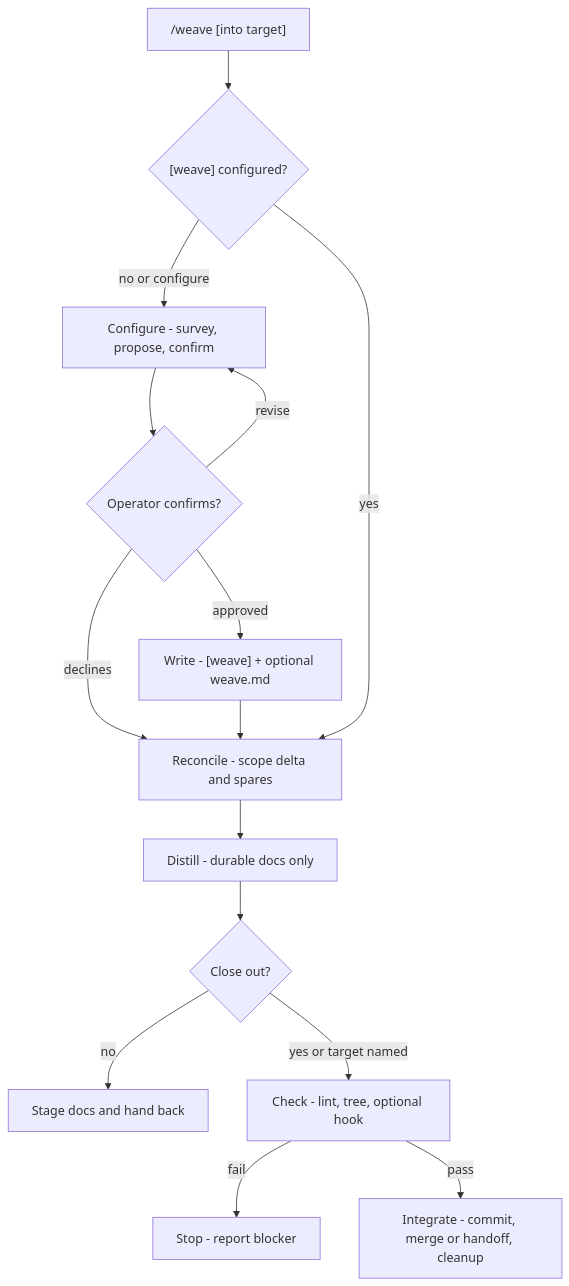
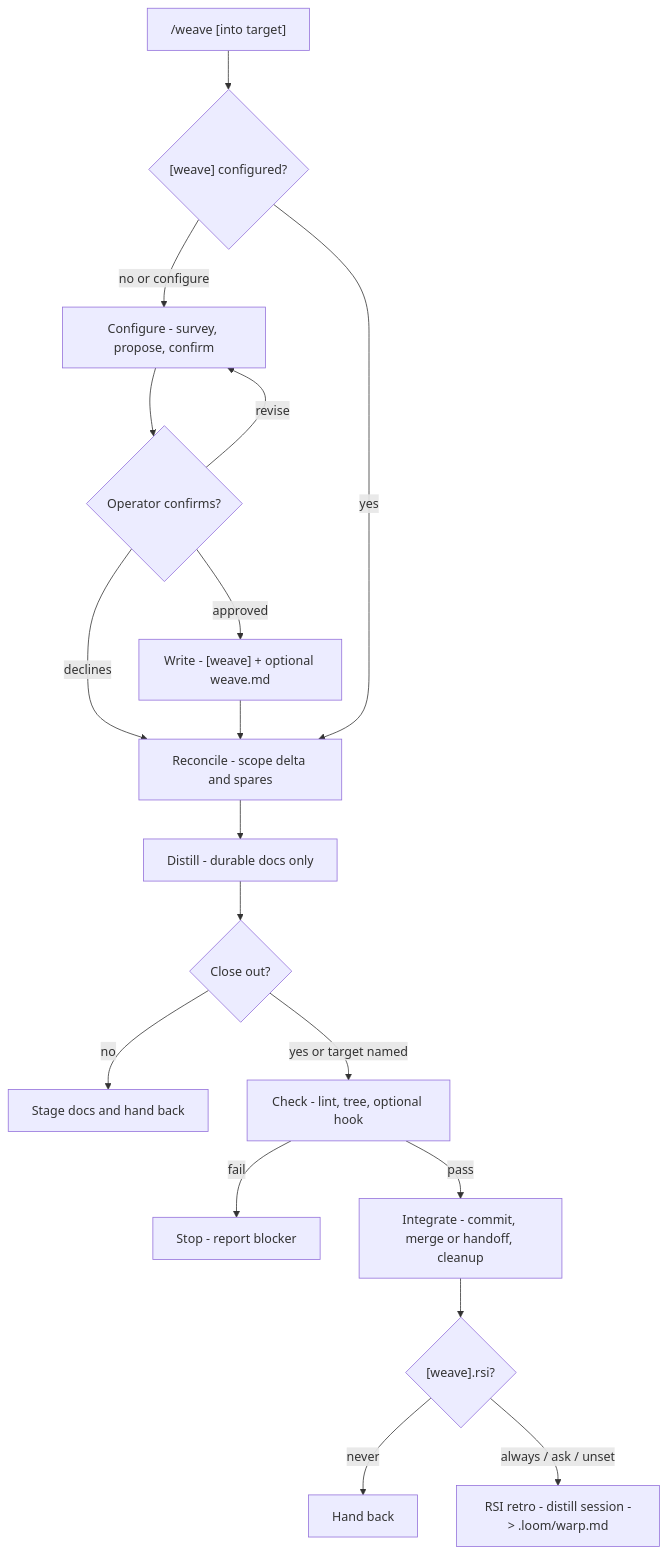
The diagram in skills/weave/SKILL.md (ZPerrin/loom), drawn with Mermaid before and after one commit. The commit also changed other lines of this file and 10 other files, not shown here.

First line of the commit message:
0.1.0 polish: RSI retro gate, two-column tables, red-flag trim

````diff
--- a/skills/weave/SKILL.md
+++ b/skills/weave/SKILL.md
@@ -28,17 +29,20 @@
 ```mermaid
 flowchart TD
     invoke["/weave [into target]"] --> cfg{"[weave] configured?"}
     cfg -->|no or configure| configure["Configure - survey, propose, confirm"]
     configure --> confirm{"Operator confirms?"}
     confirm -->|revise| configure
     confirm -->|declines| reconcile["Reconcile - scope delta and spares"]
     confirm -->|approved| write["Write - [weave] + optional weave.md"]
     cfg -->|yes| reconcile
     write --> reconcile
     reconcile --> distill["Distill - durable docs only"]
     distill --> close{"Close out?"}
     close -->|no| stage["Stage docs and hand back"]
     close -->|yes or target named| check["Check - lint, tree, optional hook"]
     check -->|fail| stop["Stop - report blocker"]
     check -->|pass| integrate["Integrate - commit, merge or handoff, cleanup"]
+    integrate --> rsi{"[weave].rsi?"}
+    rsi -->|never| handback["Hand back"]
+    rsi -->|always / ask / unset| retro["RSI retro - distill session -> .loom/warp.md"]
 ```
````
